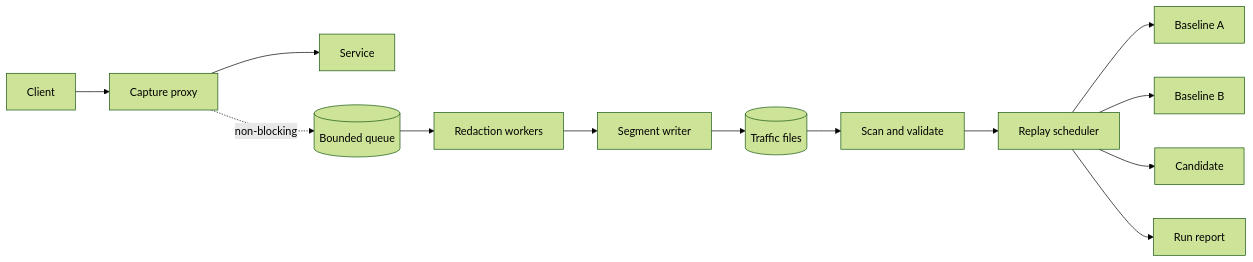
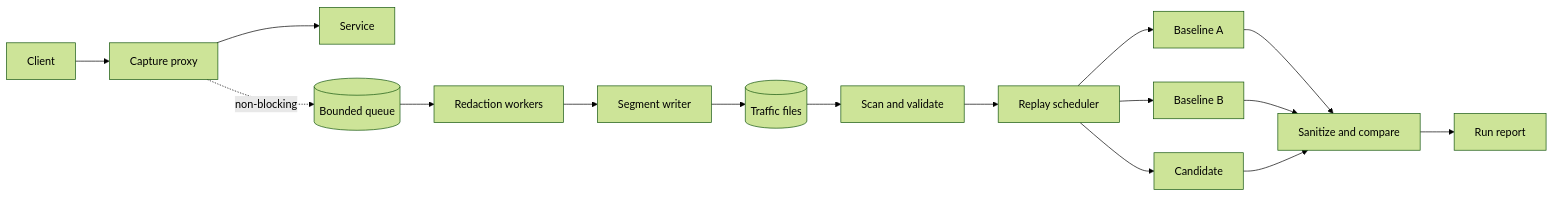
The diagram in docs/architecture.md (Bispulm/replaydiff), drawn with Mermaid (forest theme) before and after one commit. The commit also changed other lines of this file and 5 other files, not shown here.

````diff
--- a/docs/architecture.md
+++ b/docs/architecture.md
@@ -3,15 +3,18 @@
 ```mermaid
 flowchart LR
     C[Client] --> P[Capture proxy]
     P --> S[Service]
     P -. "non-blocking" .-> Q[(Bounded queue)]
     Q --> R[Redaction workers]
     R --> W[Segment writer]
     W --> T[(Traffic files)]
     T --> SC[Scan and validate]
     SC --> E[Replay scheduler]
     E --> BA[Baseline A]
     E --> BB[Baseline B]
     E --> CD[Candidate]
-    E --> REP[Run report]
+    BA --> D[Sanitize and compare]
+    BB --> D
+    CD --> D
+    D --> REP[Run report]
 ```
````
